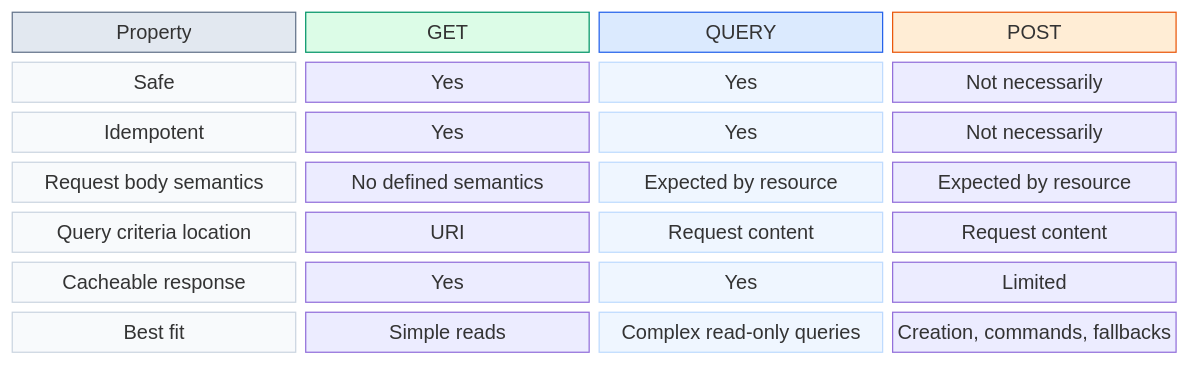
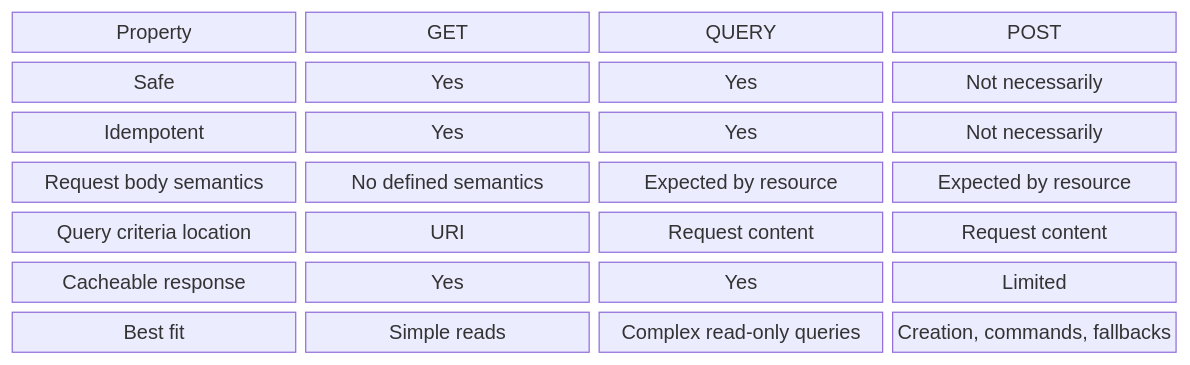
Before and after one commit to Abhiramrathod/blogs: the second of 5 diagrams in src/http-query-method.md, drawn with Mermaid. The commit also changed other lines of this file, not shown here.

Commit message:
Refactor QUERY vs GET vs POST comparison and error handling flowcharts for clarity and consistency

````diff
--- a/src/http-query-method.md
+++ b/src/http-query-method.md
@@ -101,28 +101,11 @@
 ```mermaid
 block-beta
     columns 4
     H1["Property"] H2["GET"] H3["QUERY"] H4["POST"]
     R1["Safe"] G1["Yes"] Q1["Yes"] P1["Not necessarily"]
     R2["Idempotent"] G2["Yes"] Q2["Yes"] P2["Not necessarily"]
     R3["Request body semantics"] G3["No defined semantics"] Q3["Expected by resource"] P3["Expected by resource"]
     R4["Query criteria location"] G4["URI"] Q4["Request content"] P4["Request content"]
     R5["Cacheable response"] G5["Yes"] Q5["Yes"] P5["Limited"]
     R6["Best fit"] G6["Simple reads"] Q6["Complex read-only queries"] P6["Creation, commands, fallbacks"]
-
-    style H1 fill:#e2e8f0,stroke:#64748b,color:#111827
-    style H2 fill:#dcfce7,stroke:#059669,color:#111827
-    style H3 fill:#dbeafe,stroke:#2563eb,color:#111827
-    style H4 fill:#ffedd5,stroke:#ea580c,color:#111827
-    style R1 fill:#f8fafc,stroke:#cbd5e1,color:#111827
-    style R2 fill:#f8fafc,stroke:#cbd5e1,color:#111827
-    style R3 fill:#f8fafc,stroke:#cbd5e1,color:#111827
-    style R4 fill:#f8fafc,stroke:#cbd5e1,color:#111827
-    style R5 fill:#f8fafc,stroke:#cbd5e1,color:#111827
-    style R6 fill:#f8fafc,stroke:#cbd5e1,color:#111827
-    style Q1 fill:#eff6ff,stroke:#bfdbfe,color:#111827
-    style Q2 fill:#eff6ff,stroke:#bfdbfe,color:#111827
-    style Q3 fill:#eff6ff,stroke:#bfdbfe,color:#111827
-    style Q4 fill:#eff6ff,stroke:#bfdbfe,color:#111827
-    style Q5 fill:#eff6ff,stroke:#bfdbfe,color:#111827
-    style Q6 fill:#eff6ff,stroke:#bfdbfe,color:#111827
 ```
````
